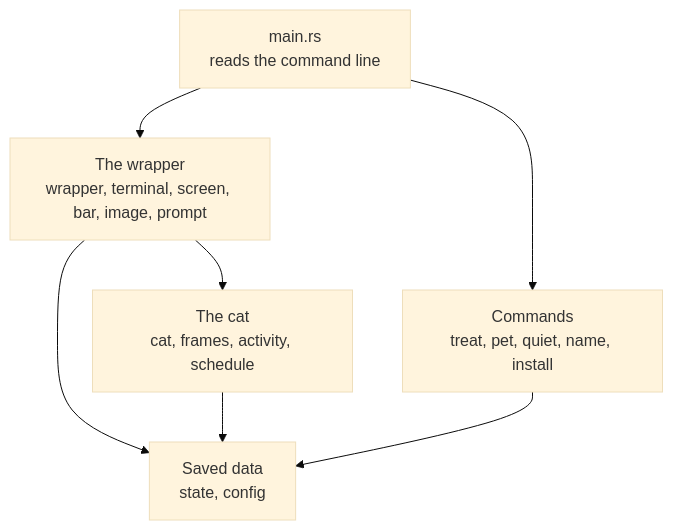
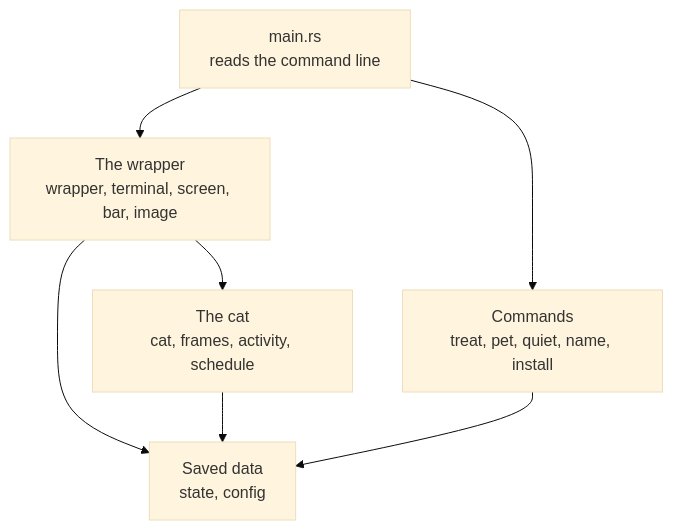
One commit to ado11231/stray changed the second of 5 diagrams in docs/ARCHITECTURE.md. Above: the diagram before and after it, drawn with Mermaid (base theme). The commit also changed other lines of this file and 2 other files, not shown here.

Commit message:
docs: keep the cat in the bar, drop the prompt phase

````diff
--- a/docs/ARCHITECTURE.md
+++ b/docs/ARCHITECTURE.md
@@ -117,14 +116,14 @@
 ```mermaid
 flowchart TD
     Main["main.rs<br/>reads the command line"]
-    Wrap["The wrapper<br/>wrapper, terminal, screen, bar, image, prompt"]
+    Wrap["The wrapper<br/>wrapper, terminal, screen, bar, image"]
     Cat["The cat<br/>cat, frames, activity, schedule"]
     Store["Saved data<br/>state, config"]
     Cmd["Commands<br/>treat, pet, quiet, name, install"]
     Main --> Wrap
     Main --> Cmd
     Wrap --> Cat
     Wrap --> Store
     Cat --> Store
     Cmd --> Store
 ```
````
